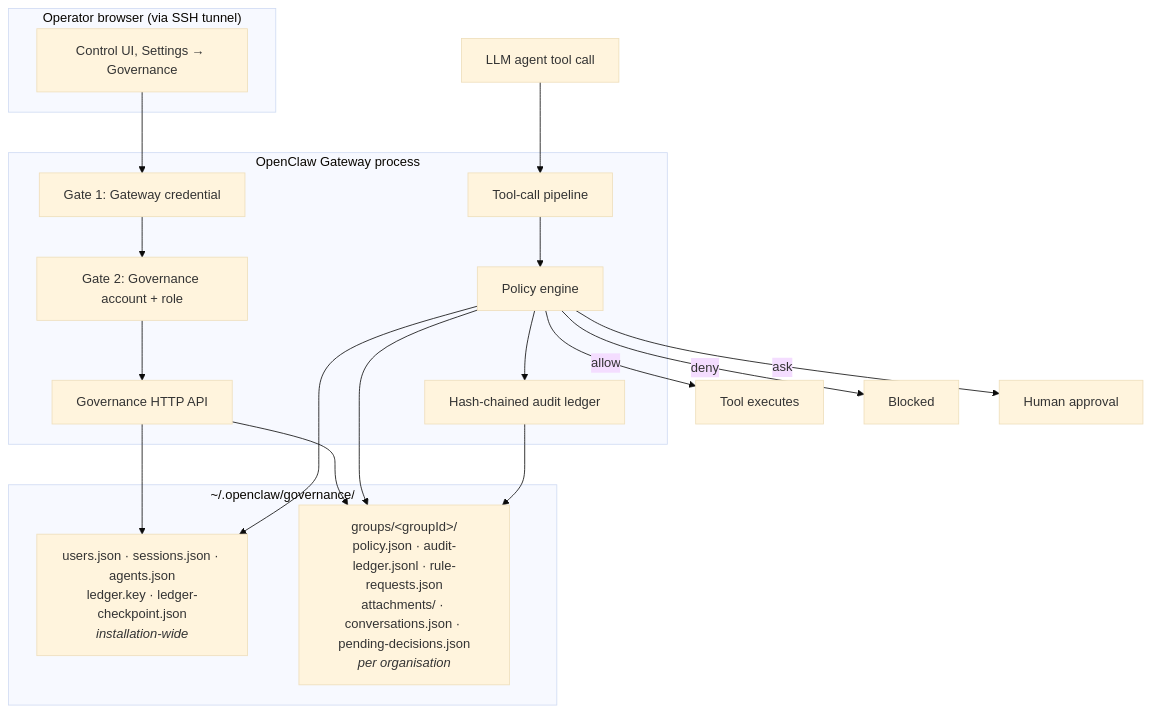
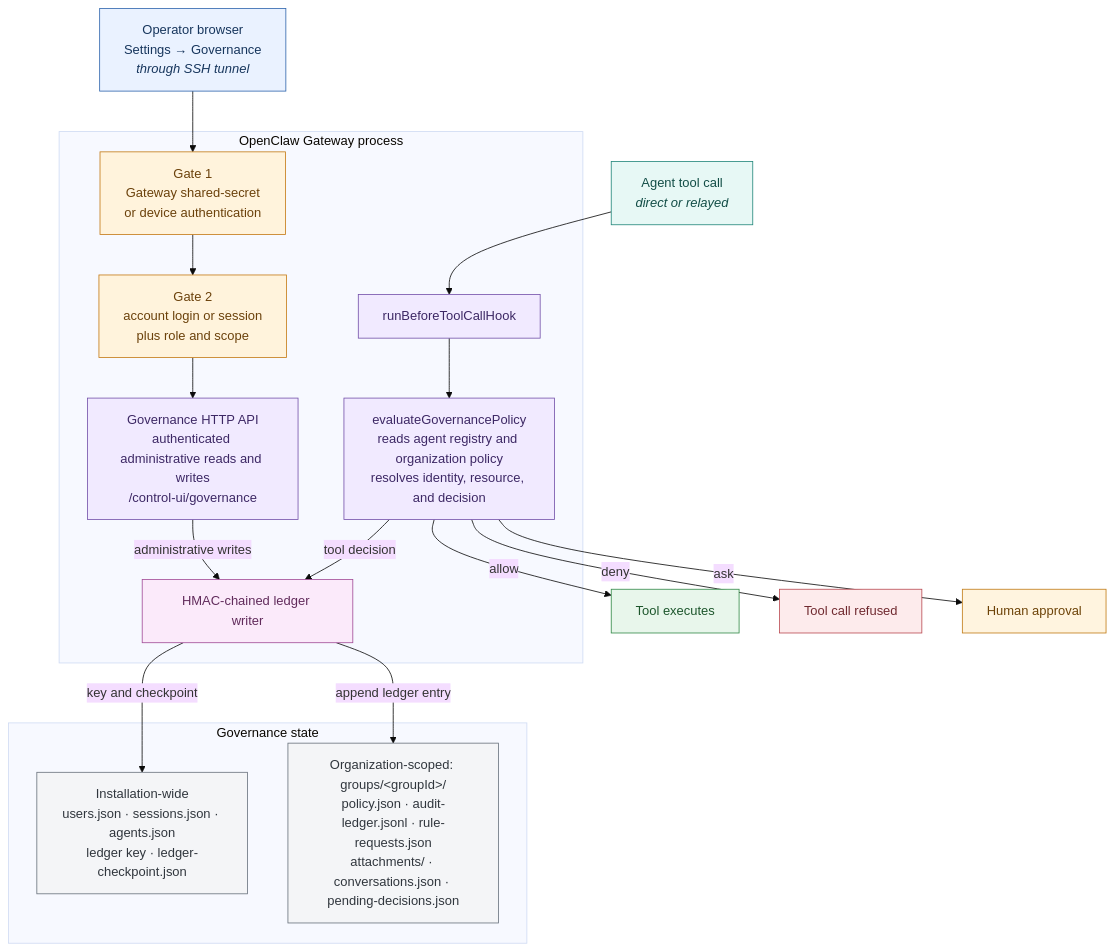
The first of 25 diagrams in docs-notes/FIGURES.md (KinanRadaideh/openclaw-governance-layer), drawn with Mermaid (base theme) before and after one commit. The commit also changed other lines of this file and 29 other files, not shown here.

````diff
--- a/docs-notes/FIGURES.md
+++ b/docs-notes/FIGURES.md
@@ -416,30 +434,49 @@
 ```mermaid
 flowchart TB
-  subgraph Browser["Operator browser (via SSH tunnel)"]
-    UI["Control UI, Settings → Governance"]
+  UI["Operator browser<br/>Settings → Governance<br/><i>through SSH tunnel</i>"]
+  AGENT["Agent tool call<br/><i>direct or relayed</i>"]
+
+  subgraph GW["OpenClaw Gateway process"]
+    AUTH["Gate 1<br/>Gateway shared-secret<br/>or device authentication"]
+    ACCOUNT["Gate 2<br/>account login or session<br/>plus role and scope"]
+    API["Governance HTTP API<br/>authenticated administrative reads and writes<br/>/control-ui/governance"]
+    HOOK["runBeforeToolCallHook"]
+    ENGINE["evaluateGovernancePolicy<br/>reads agent registry and organization policy<br/>resolves identity, resource, and decision"]
+    LEDGER["HMAC-chained ledger writer"]
   end
-  subgraph GW["OpenClaw Gateway process"]
-    AUTH["Gate 1: Gateway credential"]
-    RBAC["Gate 2: Governance account + role"]
-    API["Governance HTTP API"]
-    PIPE["Tool-call pipeline"]
-    ENGINE["Policy engine"]
-    LEDGER["Hash-chained audit ledger"]
+
+  subgraph STATE["Governance state"]
+    INSTALL["Installation-wide<br/>users.json · sessions.json · agents.json<br/>ledger key · ledger-checkpoint.json"]
+    GROUP["Organization-scoped: groups/&lt;groupId&gt;/<br/>policy.json · audit-ledger.jsonl · rule-requests.json<br/>attachments/ · conversations.json · pending-decisions.json"]
   end
-  subgraph Disk["~/.openclaw/governance/"]
-    U["users.json · sessions.json · agents.json<br/>ledger.key · ledger-checkpoint.json<br/><i>installation-wide</i>"]
-    P["groups/&lt;groupId&gt;/<br/>policy.json · audit-ledger.jsonl · rule-requests.json<br/>attachments/ · conversations.json · pending-decisions.json<br/><i>per organisation</i>"]
-  end
-  AGENT["LLM agent tool call"]
 
-  UI --> AUTH --> RBAC --> API
-  API --> U
-  API --> P
-  AGENT --> PIPE --> ENGINE
-  ENGINE --> U
-  ENGINE --> P
-  ENGINE --> LEDGER --> P
+  UI --> AUTH --> ACCOUNT --> API
+  AGENT --> HOOK --> ENGINE
+  API -->|administrative writes| LEDGER
+  ENGINE -->|tool decision| LEDGER
+  LEDGER -->|key and checkpoint| INSTALL
+  LEDGER -->|append ledger entry| GROUP
   ENGINE -->|allow| EXEC["Tool executes"]
-  ENGINE -->|deny| BLOCK["Blocked"]
+  ENGINE -->|deny| BLOCK["Tool call refused"]
   ENGINE -->|ask| HITL["Human approval"]
+
+  classDef operator fill:#eaf2ff,stroke:#2f65ad,color:#17365d;
+  classDef agent fill:#e7f8f5,stroke:#23877b,color:#124d46;
+  classDef security fill:#fff3dc,stroke:#c47a16,color:#6b410b;
+  classDef core fill:#f1eaff,stroke:#7452aa,color:#3d2865;
+  classDef audit fill:#fbeafa,stroke:#a24c98,color:#612b5b;
+  classDef store fill:#f4f5f7,stroke:#69727d,color:#30363d;
+  classDef allow fill:#e8f6eb,stroke:#338a48,color:#1d562c;
+  classDef deny fill:#fdebec,stroke:#ba4a52,color:#702a30;
+  classDef ask fill:#fff4df,stroke:#c17b16,color:#6d4308;
+
+  class UI operator;
+  class AGENT agent;
+  class AUTH,ACCOUNT security;
+  class API,HOOK,ENGINE core;
+  class LEDGER audit;
+  class INSTALL,GROUP store;
+  class EXEC allow;
+  class BLOCK deny;
+  class HITL ask;
 ```
````
